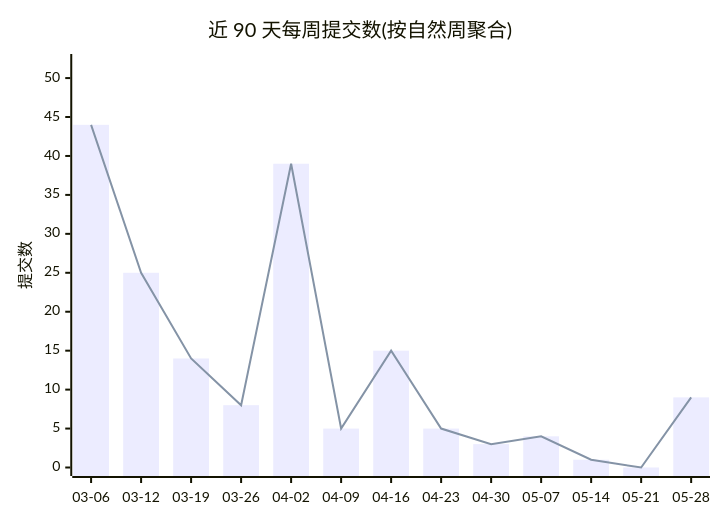
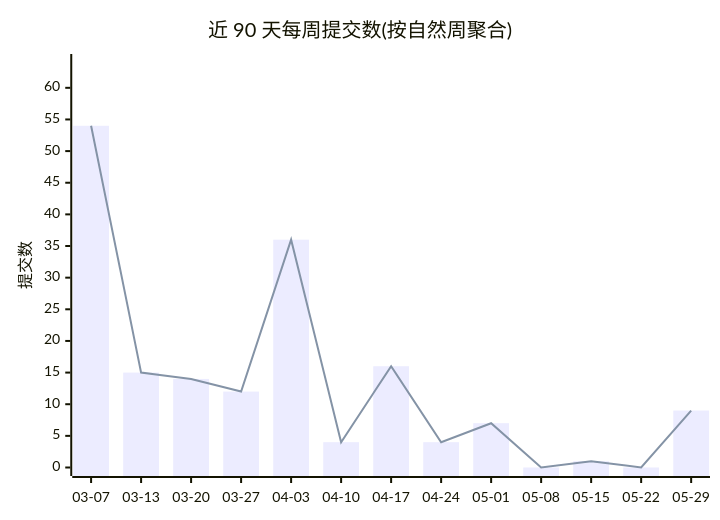
One commit to Conflux-Union/.github changed the first of 2 diagrams in profile/README.md. Above: the diagram before and after it, drawn with Mermaid. The commit also changed other lines of this file and 1 other file, not shown here.

````diff
--- a/profile/README.md
+++ b/profile/README.md
@@ -44,8 +44,8 @@
 ```mermaid
 xychart-beta
     title "近 90 天每周提交数(按自然周聚合)"
-    x-axis ["03-06", "03-12", "03-19", "03-26", "04-02", "04-09", "04-16", "04-23", "04-30", "05-07", "05-14", "05-21", "05-28"]
-    y-axis "提交数" 0 --> 52
-    bar [44, 25, 14, 8, 39, 5, 15, 5, 3, 4, 1, 0, 9]
-    line [44, 25, 14, 8, 39, 5, 15, 5, 3, 4, 1, 0, 9]
+    x-axis ["03-07", "03-13", "03-20", "03-27", "04-03", "04-10", "04-17", "04-24", "05-01", "05-08", "05-15", "05-22", "05-29"]
+    y-axis "提交数" 0 --> 64
+    bar [54, 15, 14, 12, 36, 4, 16, 4, 7, 0, 1, 0, 9]
+    line [54, 15, 14, 12, 36, 4, 16, 4, 7, 0, 1, 0, 9]
 ```
````
